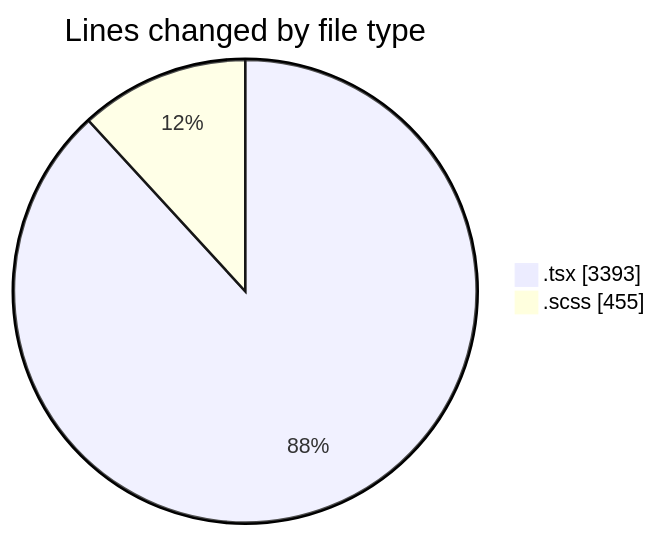
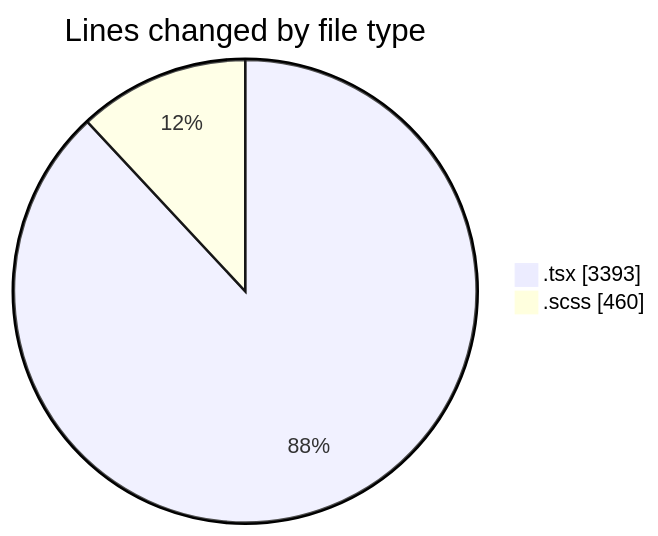
One commit to momahboobian/code-tracking changed the first of 2 diagrams in 2025-09-30/cda/README.md. Above: the diagram before and after it, drawn with Mermaid. The commit also changed other lines of this file and 1 other file, not shown here.

````diff
--- a/2025-09-30/cda/README.md
+++ b/2025-09-30/cda/README.md
@@ -25,6 +25,6 @@
 ```mermaid
 pie showData
 title Lines changed by file type
 ".tsx" : 3393
-".scss" : 455
+".scss" : 460
 ```
````
